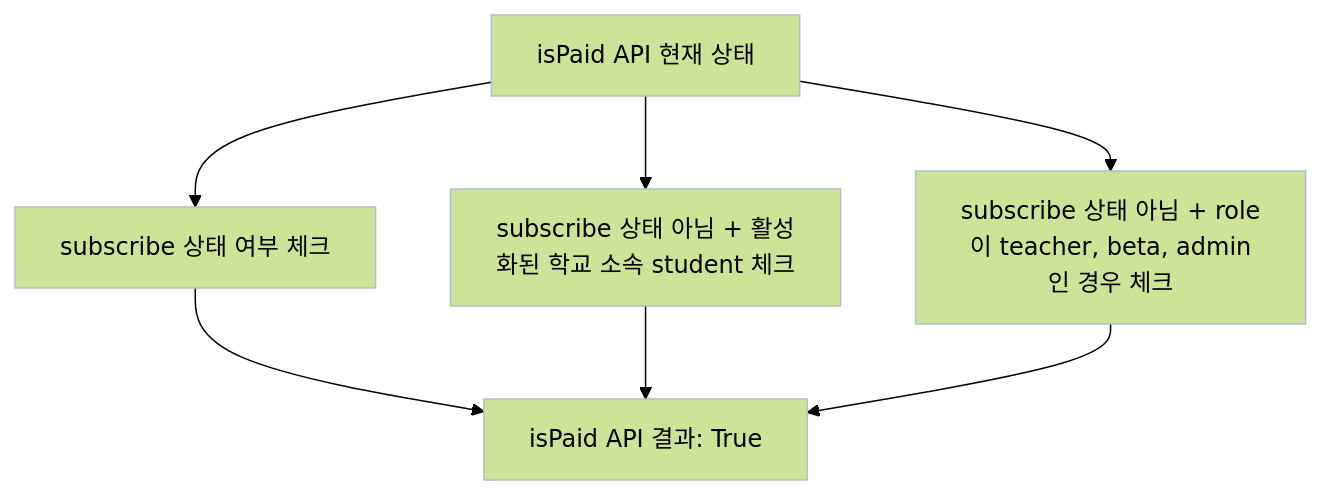
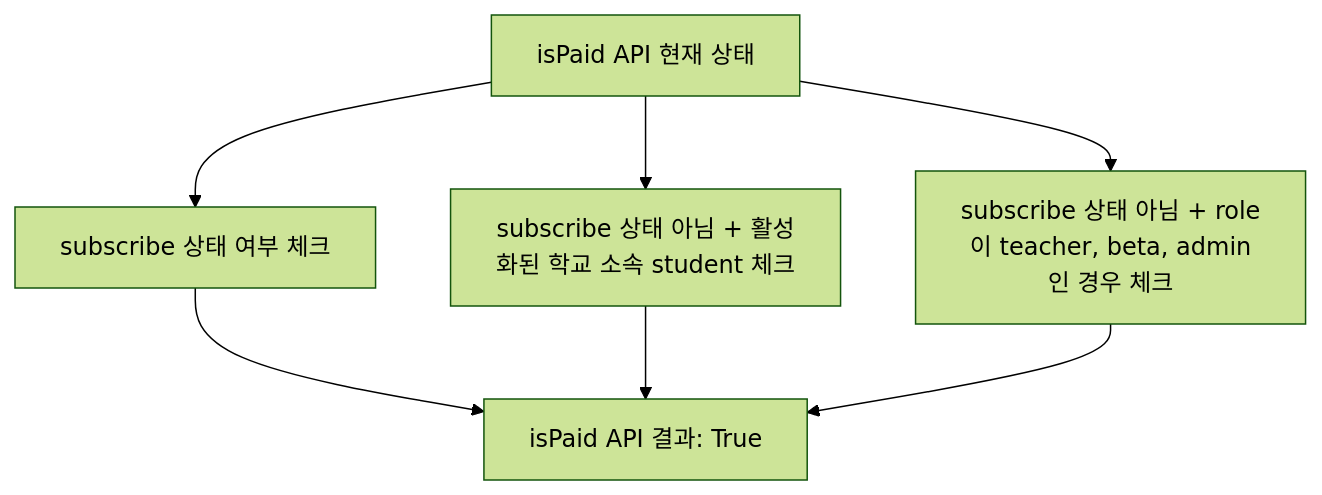
One commit to shp7408/career-architecture changed the diagram in asis/ARCHITECTURE-shp7408-02.md. Above: the diagram before and after it, drawn with Mermaid (forest theme).

````diff
--- a/asis/ARCHITECTURE-shp7408-02.md
+++ b/asis/ARCHITECTURE-shp7408-02.md
@@ -36,14 +36,11 @@
 ```mermaid
 flowchart TD
     A[isPaid API 현재 상태] --> B[subscribe 상태 여부 체크]
     A --> C[subscribe 상태 아님 + 활성화된 학교 소속 student 체크]
     A --> D[subscribe 상태 아님 + role이 teacher, beta, admin인 경우 체크]
     B --> E[True 리턴]
     C --> E
     D --> E
     E[isPaid API 결과: True]
 
-    classDef default fill:#,stroke:#b2bec3,stroke-width:1px;
-    class A,B,C,D,E default;
-
 ```
````
